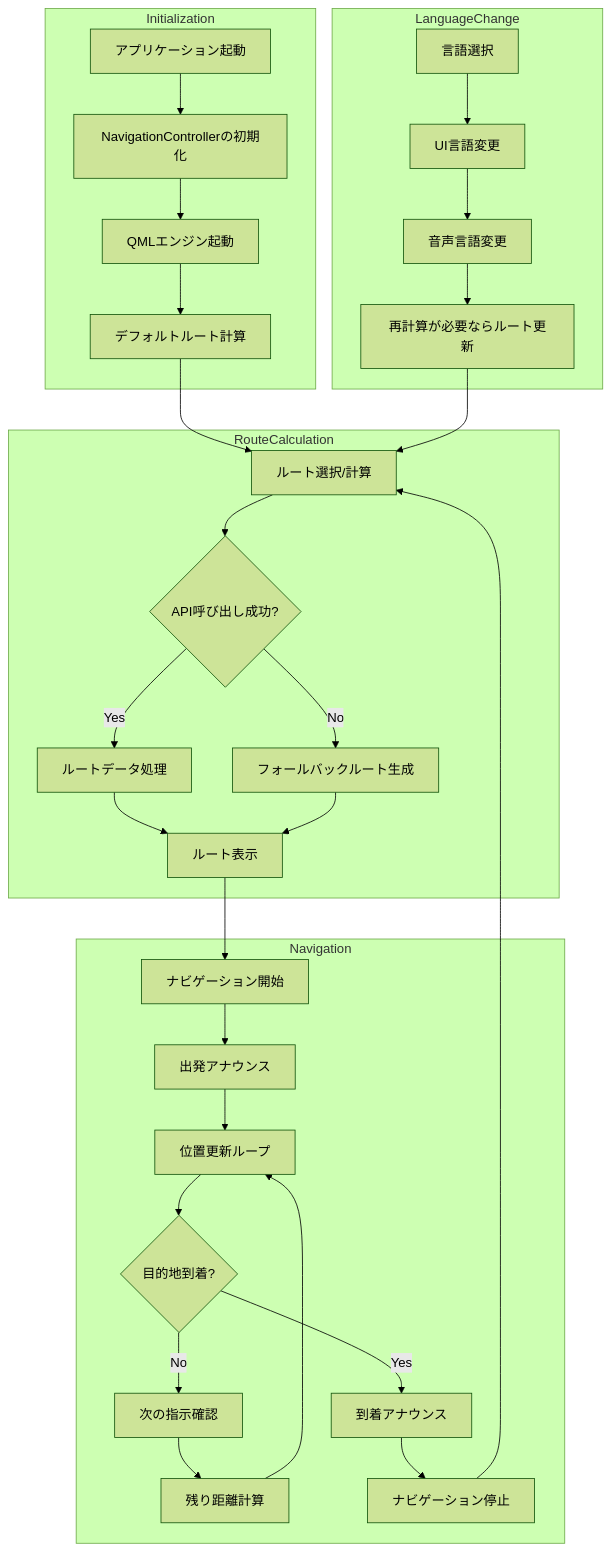
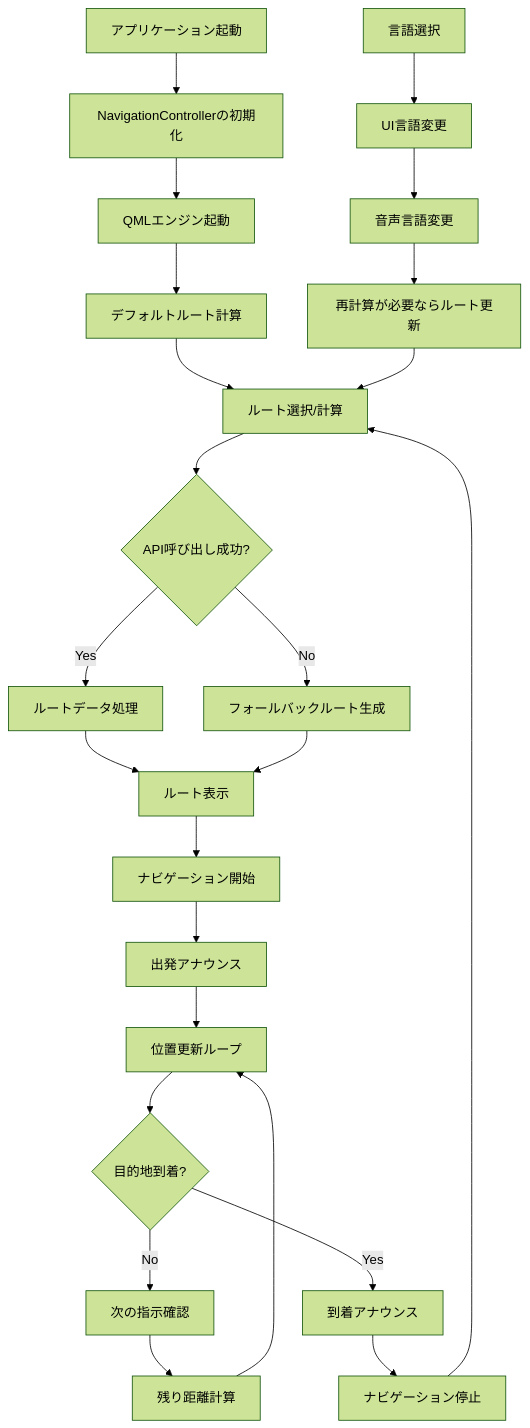
One commit to seigot/tools changed the third of 5 diagrams in navi_app/test/README.md. Above: the diagram before and after it, drawn with Mermaid (forest theme). The commit also changed other lines of this file, not shown here.

````diff
--- a/navi_app/test/README.md
+++ b/navi_app/test/README.md
@@ -85,38 +87,30 @@
 ```mermaid
 flowchart TD
-    subgraph Initialization
-        A[アプリケーション起動] --> B[NavigationControllerの初期化]
-        B --> C[QMLエンジン起動]
-        C --> D[デフォルトルート計算]
-    end
+    A[アプリケーション起動] --> B[NavigationControllerの初期化]
+    B --> C[QMLエンジン起動]
+    C --> D[デフォルトルート計算]
     
-    subgraph RouteCalculation
-        E[ルート選択/計算] --> F{API呼び出し成功?}
-        F -->|Yes| G[ルートデータ処理]
-        F -->|No| H[フォールバックルート生成]
-        G --> I[ルート表示]
-        H --> I
-    end
+    D --> E[ルート選択/計算]
+    E --> F{API呼び出し成功?}
+    F -->|Yes| G[ルートデータ処理]
+    F -->|No| H[フォールバックルート生成]
+    G --> I[ルート表示]
+    H --> I
     
-    subgraph Navigation
-        J[ナビゲーション開始] --> K[出発アナウンス]
-        K --> L[位置更新ループ]
-        L --> M{目的地到着?}
-        M -->|No| N[次の指示確認]
-        N --> O[残り距離計算]
-        O --> L
-        M -->|Yes| P[到着アナウンス]
-        P --> Q[ナビゲーション停止]
-    end
+    I --> J[ナビゲーション開始]
+    J --> K[出発アナウンス]
+    K --> L[位置更新ループ]
+    L --> M{目的地到着?}
+    M -->|No| N[次の指示確認]
+    N --> O[残り距離計算]
+    O --> L
+    M -->|Yes| P[到着アナウンス]
+    P --> Q[ナビゲーション停止]
     
-    subgraph LanguageChange
-        R[言語選択] --> S[UI言語変更]
-        S --> T[音声言語変更]
-        T --> U[再計算が必要ならルート更新]
-    end
+    Q --> E
     
-    D --> E
-    I --> J
-    Q --> E
+    R[言語選択] --> S[UI言語変更]
+    S --> T[音声言語変更]
+    T --> U[再計算が必要ならルート更新]
     U --> E
 ```
````
